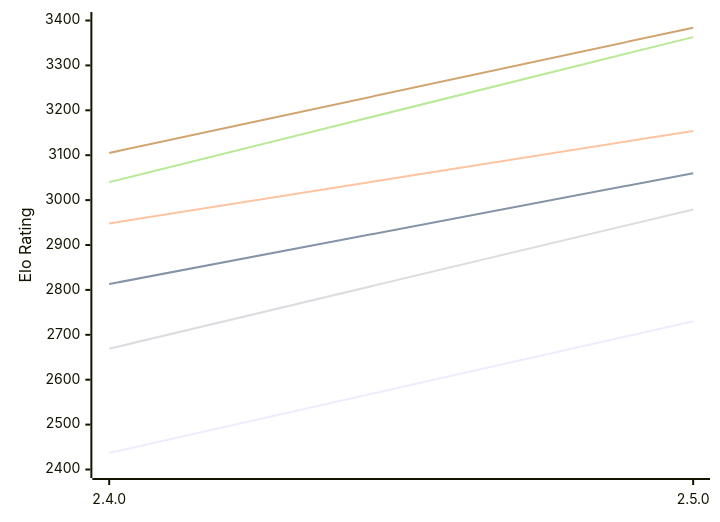
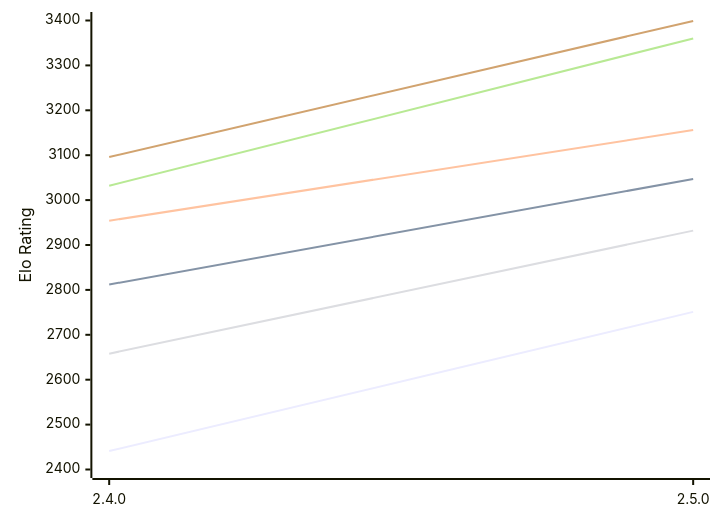
The diagram in engines/Rarog.md (computer-chess-index/cci), drawn with Mermaid before and after one commit. The commit also changed other lines of this file, not shown here.

Commit message:
Update CCI Ratings (ELO VLTC) - 2026-10-13

````diff
--- a/engines/Rarog.md
+++ b/engines/Rarog.md
@@ -49,12 +49,12 @@
 ```mermaid
 %%{init: {"theme":"base","themeVariables":{"seriesColors:['#a3a3a3','#222221','#faa371']}}}%%
 xychart-beta
   x-axis ["2.4.0", "2.5.0"]
   y-axis "Elo Rating" 2400 --> 3400
-  line "E1: STC (8.0+0.08s)" [2437, 2730]
-  line "E1: LTC (60.0+0.60s)" [2813, 3060]
-  line "E1: VLTC (2m24s+1.12s)" [2948, 3154]
-  line "P1: STC (8.0+0.08s)" [2669, 2979]
-  line "P1: LTC (60.0+0.60s)" [3040, 3363]
-  line "P1: VLTC (2m24s+1.12s)" [3105, 3384]
+  line "E1: STC (8.0+0.08s)" [2441, 2751]
+  line "E1: LTC (60.0+0.60s)" [2812, 3047]
+  line "E1: VLTC (2m24s+1.12s)" [2954, 3156]
+  line "P1: STC (8.0+0.08s)" [2658, 2932]
+  line "P1: LTC (60.0+0.60s)" [3032, 3360]
+  line "P1: VLTC (2m24s+1.12s)" [3096, 3399]
 ```
````
